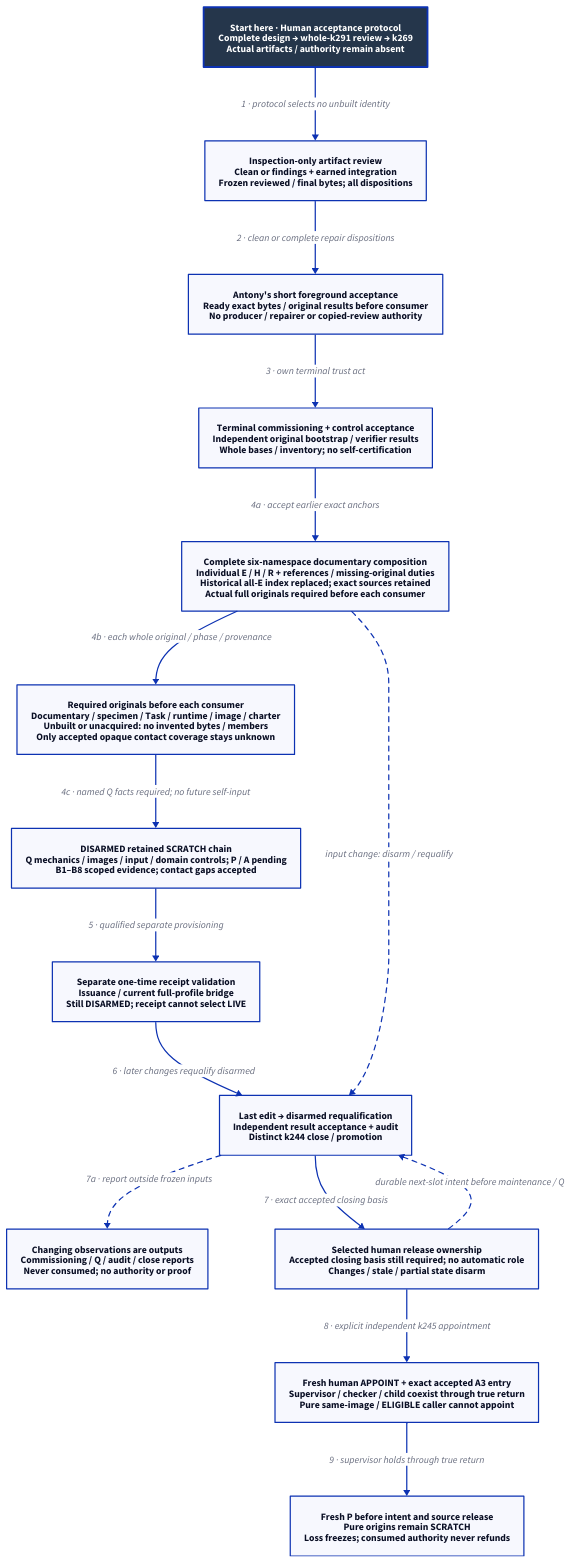
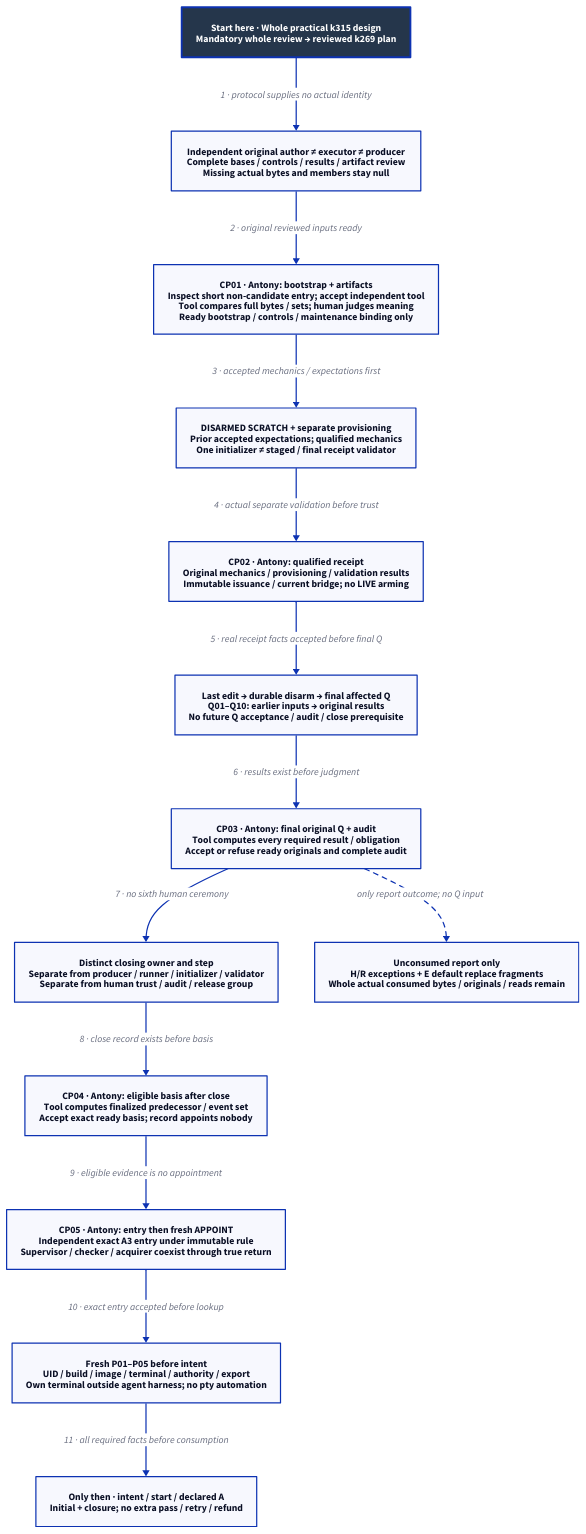
The diagram in docs/design/architecture/native-reference-proof.d2 (Linkuistics/Koine), drawn with D2 before and after one commit. The commit also changed 52 other files, not shown here.

Commit message:
Repair practical reference admission design (reference-evidence-practical-admission-k315)

```diff
--- a/docs/design/architecture/native-reference-proof.d2
+++ b/docs/design/architecture/native-reference-proof.d2
@@ -1,32 +1,30 @@
-# Proposed dependency flow; root, tools and controls remain unqualified.
+# Five-checkpoint practical admission proposal; no tool/authority/qualification supplied.
 direction: down
 classes: {
   start: {style: {fill: "#25364B"; font-color: "#FFFFFF"; bold: true; stroke-width: 3}}
 }
-Start: "Start here · Human acceptance protocol\nComplete design → whole-k291 review → k269\nActual artifacts / authority remain absent" {class: start}
-Review: "Inspection-only artifact review\nClean or findings + earned integration\nFrozen reviewed / final bytes; all dispositions"
-Owner: "Antony's short foreground acceptance\nReady exact bytes / original results before consumer\nNo producer / repairer or copied-review authority"
-Self: "Terminal commissioning + control acceptance\nIndependent original bootstrap / verifier results\nWhole bases / inventory; no self-certification"
-Qualification: "DISARMED retained SCRATCH chain\nQ mechanics / images / input / domain controls; P / A pending\nB1–B8 scoped evidence; contact gaps accepted"
-Inputs: "Complete six-namespace documentary composition\nIndividual E / H / R + references / missing-original duties\nHistorical all-E index replaced; exact sources retained\nActual full originals required before each consumer"
-Bases: "Required originals before each consumer\nDocumentary / specimen / Task / runtime / image / charter\nUnbuilt or unacquired: no invented bytes / members\nOnly accepted opaque contact coverage stays unknown"
-Report: "Changing observations are outputs\nCommissioning / Q / audit / close reports\nNever consumed; no authority or proof"
-Receipt: "Separate one-time receipt validation\nIssuance / current full-profile bridge\nStill DISARMED; receipt cannot select LIVE"
-Final: "Last edit → disarmed requalification\nIndependent result acceptance + audit\nDistinct k244 close / promotion"
-Release: "Selected human release ownership\nAccepted closing basis still required; no automatic role\nChanges / stale / partial state disarm"
-Channel: "Fresh human APPOINT + exact accepted A3 entry\nSupervisor / checker / child coexist through true return\nPure same-image / ELIGIBLE caller cannot appoint"
-Boundary: "Fresh P before intent and source release\nPure origins remain SCRATCH\nLoss freezes; consumed authority never refunds"
-Start -> Review: "1 · protocol selects no unbuilt identity"
-Review -> Owner: "2 · clean or complete repair dispositions"
-Owner -> Self: "3 · own terminal trust act"
-Self -> Inputs: "4a · accept earlier exact anchors"
-Inputs -> Bases: "4b · each whole original / phase / provenance"
-Bases -> Qualification: "4c · named Q facts required; no future self-input"
-Qualification -> Receipt: "5 · qualified separate provisioning"
-Receipt -> Final: "6 · later changes requalify disarmed"
-Final -> Release: "7 · exact accepted closing basis"
-Final -> Report: "7a · report outside frozen inputs" {style.stroke-dash: 4}
-Inputs -> Final: "input change: disarm / requalify" {style.stroke-dash: 4}
-Release -> Final: "durable next-slot intent before maintenance / Q" {style.stroke-dash: 4}
-Release -> Channel: "8 · explicit independent k245 appointment"
-Channel -> Boundary: "9 · supervisor holds through true return"
+Start: "Start here · Whole practical k315 design\nMandatory whole review → reviewed k269 plan" {class: start}
+Originals: "Independent original author ≠ executor ≠ producer\nComplete bases / controls / results / artifact review\nMissing actual bytes and members stay null"
+CP01: "CP01 · Antony: bootstrap + artifacts\nInspect short non-candidate entry; accept independent tool\nTool compares full bytes / sets; human judges meaning\nReady bootstrap / controls / maintenance binding only"
+Mechanics: "DISARMED SCRATCH + separate provisioning\nPrior accepted expectations; qualified mechanics\nOne initializer ≠ staged / final receipt validator"
+CP02: "CP02 · Antony: qualified receipt\nOriginal mechanics / provisioning / validation results\nImmutable issuance / current bridge; no LIVE arming"
+Q: "Last edit → durable disarm → final affected Q\nQ01–Q10: earlier inputs → original results\nNo future Q acceptance / audit / close prerequisite"
+CP03: "CP03 · Antony: final original Q + audit\nTool computes every required result / obligation\nAccept or refuse ready originals and complete audit"
+Close: "Distinct closing owner and step\nSeparate from producer / runner / initializer / validator\nSeparate from human trust / audit / release group"
+CP04: "CP04 · Antony: eligible basis after close\nTool computes finalized predecessor / event set\nAccept exact ready basis; record appoints nobody"
+CP05: "CP05 · Antony: entry then fresh APPOINT\nIndependent exact A3 entry under immutable rule\nSupervisor / checker / acquirer coexist through true return"
+P: "Fresh P01–P05 before intent\nUID / build / image / terminal / authority / export\nOwn terminal outside agent harness; no pty automation"
+A: "Only then · intent / start / declared A\nInitial + closure; no extra pass / retry / refund"
+Report: "Unconsumed report only\nH/R exceptions + E default replace fragments\nWhole actual consumed bytes / originals / reads remain"
+Start -> Originals: "1 · protocol supplies no actual identity"
+Originals -> CP01: "2 · original reviewed inputs ready"
+CP01 -> Mechanics: "3 · accepted mechanics / expectations first"
+Mechanics -> CP02: "4 · actual separate validation before trust"
+CP02 -> Q: "5 · real receipt facts accepted before final Q"
+Q -> CP03: "6 · results exist before judgment"
+CP03 -> Close: "7 · no sixth human ceremony"
+Close -> CP04: "8 · close record exists before basis"
+CP04 -> CP05: "9 · eligible evidence is no appointment"
+CP05 -> P: "10 · exact entry accepted before lookup"
+P -> A: "11 · all required facts before consumption"
+CP03 -> Report: "only report outcome; no Q input" {style.stroke-dash: 4}
```
